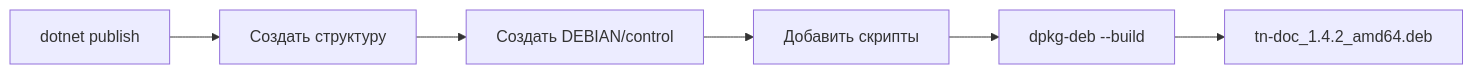
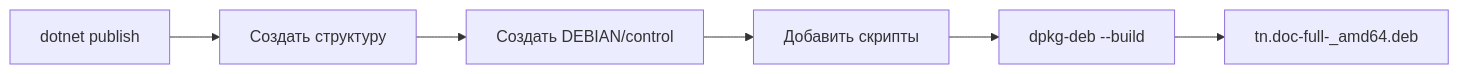
Before and after one commit to tn-ivk/tn-doc: the second of 2 diagrams in docs/development/building.md, drawn with Mermaid. The commit also changed other lines of this file and 6 other files, not shown here.

````diff
--- a/docs/development/building.md
+++ b/docs/development/building.md
@@ -148,8 +148,8 @@
 ```mermaid
 flowchart LR
     Publish[dotnet publish] --> Structure[Создать структуру]
     Structure --> Control[Создать DEBIAN/control]
     Control --> Scripts[Добавить скрипты]
     Scripts --> Build[dpkg-deb --build]
-    Build --> DEB[tn-doc_1.4.2_amd64.deb]
+    Build --> DEB[tn.doc-full-<FULL_VERSION>_amd64.deb]
 ```
````
